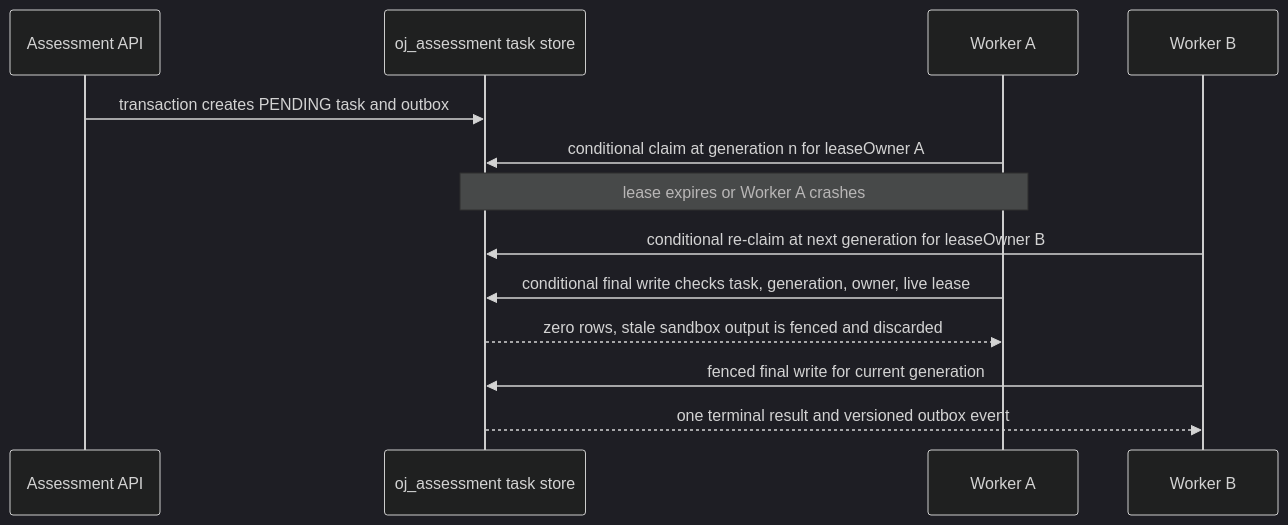
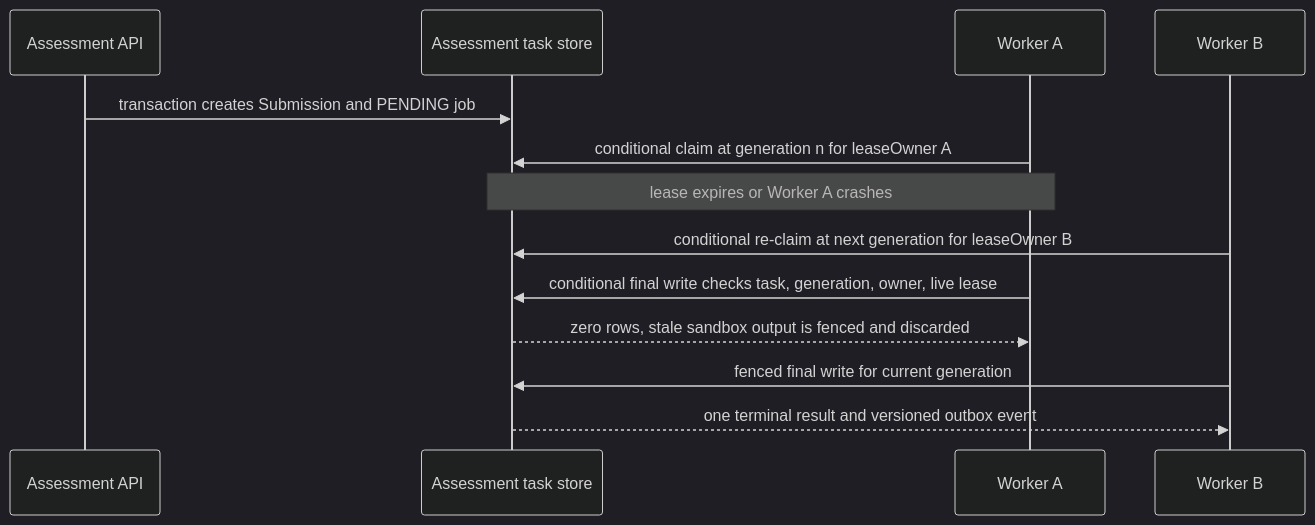
The diagram in docs/diagrams/arch/issue305-assessment-worker-fencing.mmd (Cr4zyorange/OnlineJudge), drawn with Mermaid (dark theme) before and after one commit. The commit also changed 26 other files, not shown here.

```diff
--- a/docs/diagrams/arch/issue305-assessment-worker-fencing.mmd
+++ b/docs/diagrams/arch/issue305-assessment-worker-fencing.mmd
@@ -1,13 +1,13 @@
 sequenceDiagram
   participant API as Assessment API
-  participant DB as oj_assessment task store
+  participant DB as Assessment task store
   participant W1 as Worker A
   participant W2 as Worker B
-  API->>DB: transaction creates PENDING task and outbox
+  API->>DB: transaction creates Submission and PENDING job
   W1->>DB: conditional claim at generation n for leaseOwner A
   Note over W1,DB: lease expires or Worker A crashes
   W2->>DB: conditional re-claim at next generation for leaseOwner B
   W1->>DB: conditional final write checks task, generation, owner, live lease
   DB-->>W1: zero rows, stale sandbox output is fenced and discarded
   W2->>DB: fenced final write for current generation
   DB-->>W2: one terminal result and versioned outbox event
```
